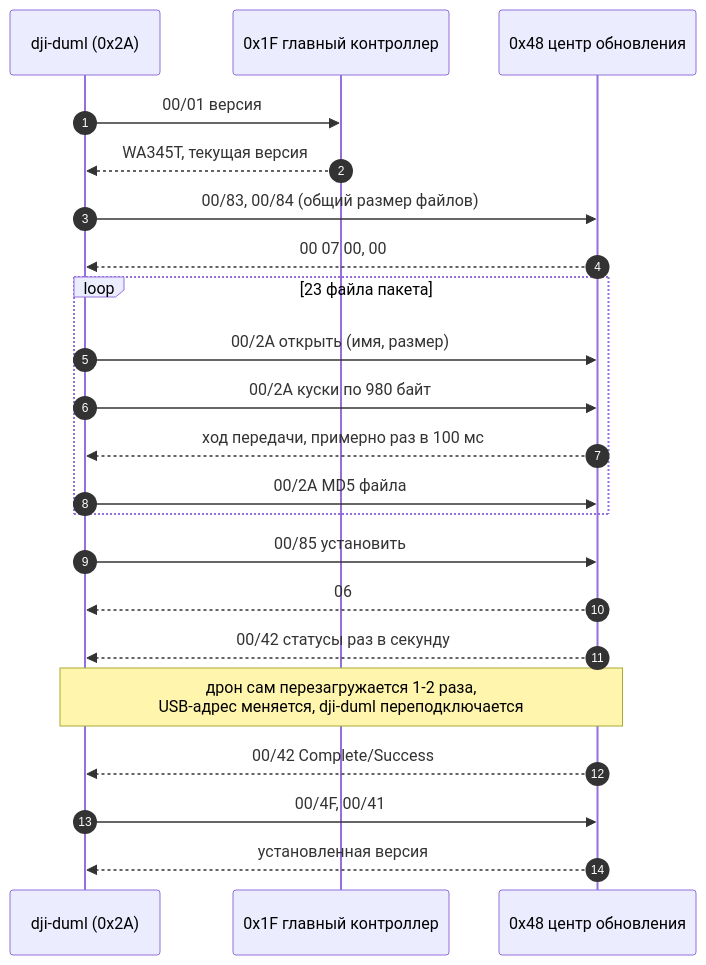
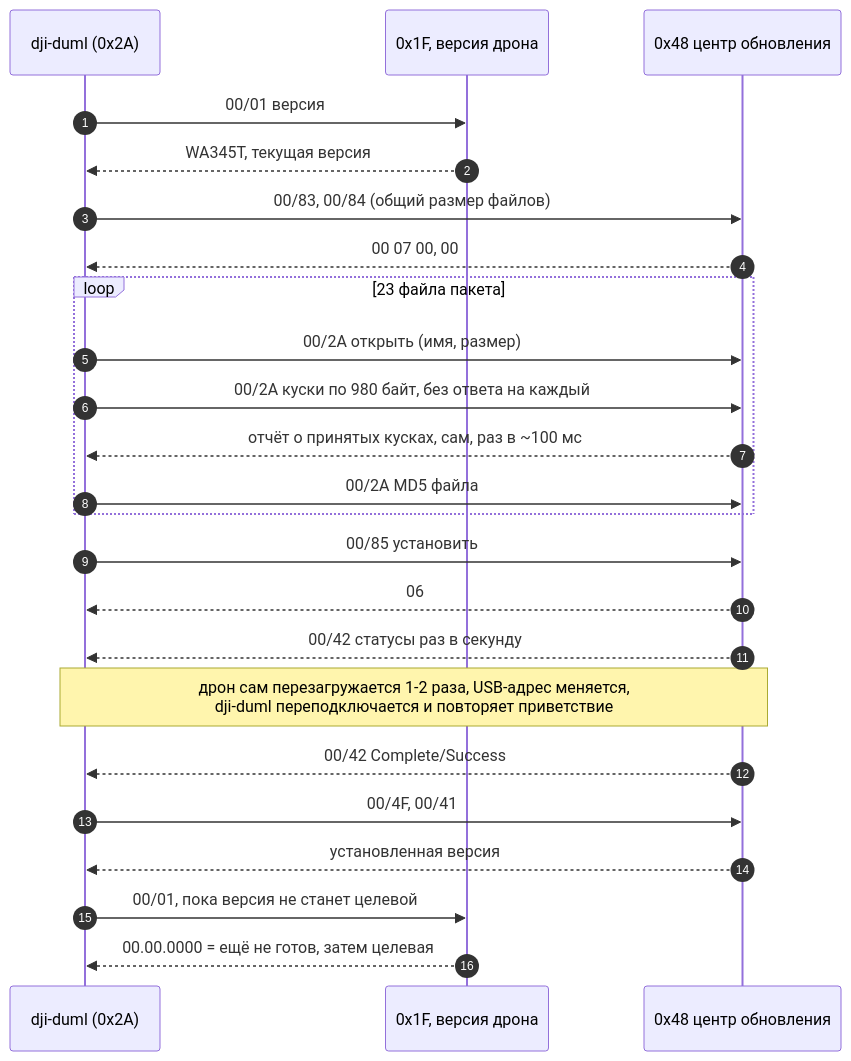
One commit to kewl-ua/m4_cli_flasher changed the second of 2 diagrams in README.md. Above: the diagram before and after it, drawn with Mermaid. The commit also changed other lines of this file and 3 other files, not shown here.

First line of the commit message:
docs: correct the diagrams after a fact check

````diff
--- a/README.md
+++ b/README.md
@@ -127,24 +130,26 @@
 ```mermaid
 sequenceDiagram
     autonumber
     participant H as dji-duml (0x2A)
-    participant F as 0x1F главный контроллер
+    participant F as 0x1F, версия дрона
     participant U as 0x48 центр обновления
     H->>F: 00/01 версия
     F-->>H: WA345T, текущая версия
     H->>U: 00/83, 00/84 (общий размер файлов)
     U-->>H: 00 07 00, 00
     loop 23 файла пакета
         H->>U: 00/2A открыть (имя, размер)
-        H->>U: 00/2A куски по 980 байт
-        U-->>H: ход передачи, примерно раз в 100 мс
+        H->>U: 00/2A куски по 980 байт, без ответа на каждый
+        U-->>H: отчёт о принятых кусках, сам, раз в ~100 мс
         H->>U: 00/2A MD5 файла
     end
     H->>U: 00/85 установить
     U-->>H: 06
     U-->>H: 00/42 статусы раз в секунду
-    Note over H,U: дрон сам перезагружается 1-2 раза,<br/>USB-адрес меняется, dji-duml переподключается
+    Note over H,U: дрон сам перезагружается 1-2 раза, USB-адрес меняется,<br/>dji-duml переподключается и повторяет приветствие
     U-->>H: 00/42 Complete/Success
     H->>U: 00/4F, 00/41
     U-->>H: установленная версия
+    H->>F: 00/01, пока версия не станет целевой
+    F-->>H: 00.00.0000 = ещё не готов, затем целевая
 ```
````
